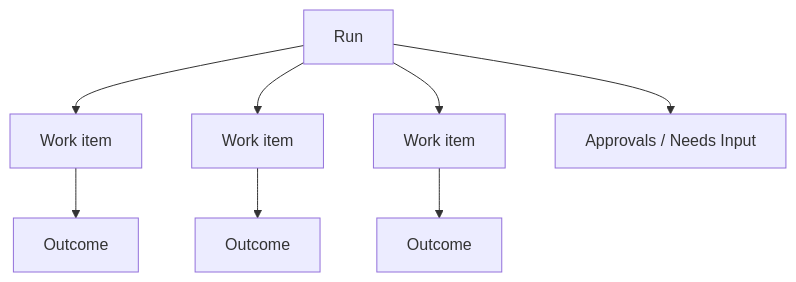
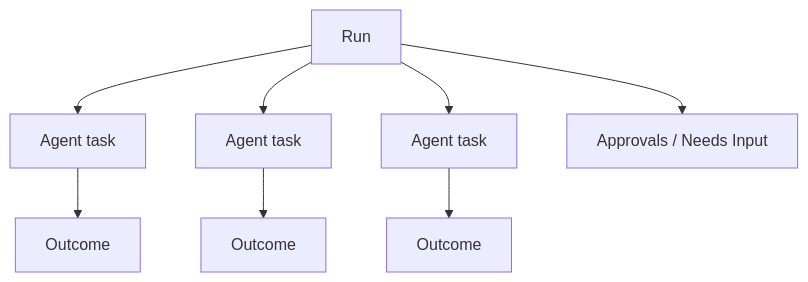
One commit to cshyang/nochore changed the second of 2 diagrams in docs/architecture/2026-04-04-coordinated-agent-runtime-architecture.md. Above: the diagram before and after it, drawn with Mermaid. The commit also changed other lines of this file and 57 other files, not shown here.

Commit message:
Rewrite runtime around AgentTask

````diff
--- a/docs/architecture/2026-04-04-coordinated-agent-runtime-architecture.md
+++ b/docs/architecture/2026-04-04-coordinated-agent-runtime-architecture.md
@@ -218,10 +218,10 @@
 ```mermaid
 flowchart TD
-    R["Run"] --> W1["Work item"]
-    R --> W2["Work item"]
-    R --> W3["Work item"]
+    R["Run"] --> W1["Agent task"]
+    R --> W2["Agent task"]
+    R --> W3["Agent task"]
     W1 --> O1["Outcome"]
     W2 --> O2["Outcome"]
     W3 --> O3["Outcome"]
     R --> A["Approvals / Needs Input"]
 ```
````
